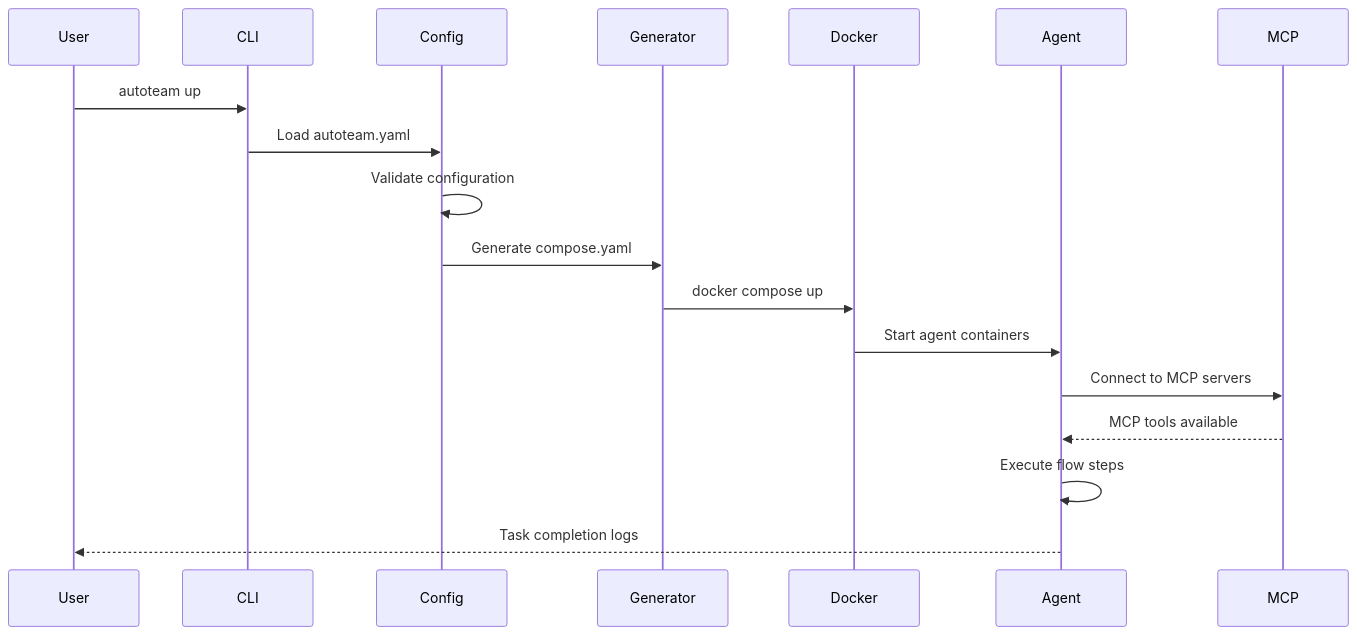
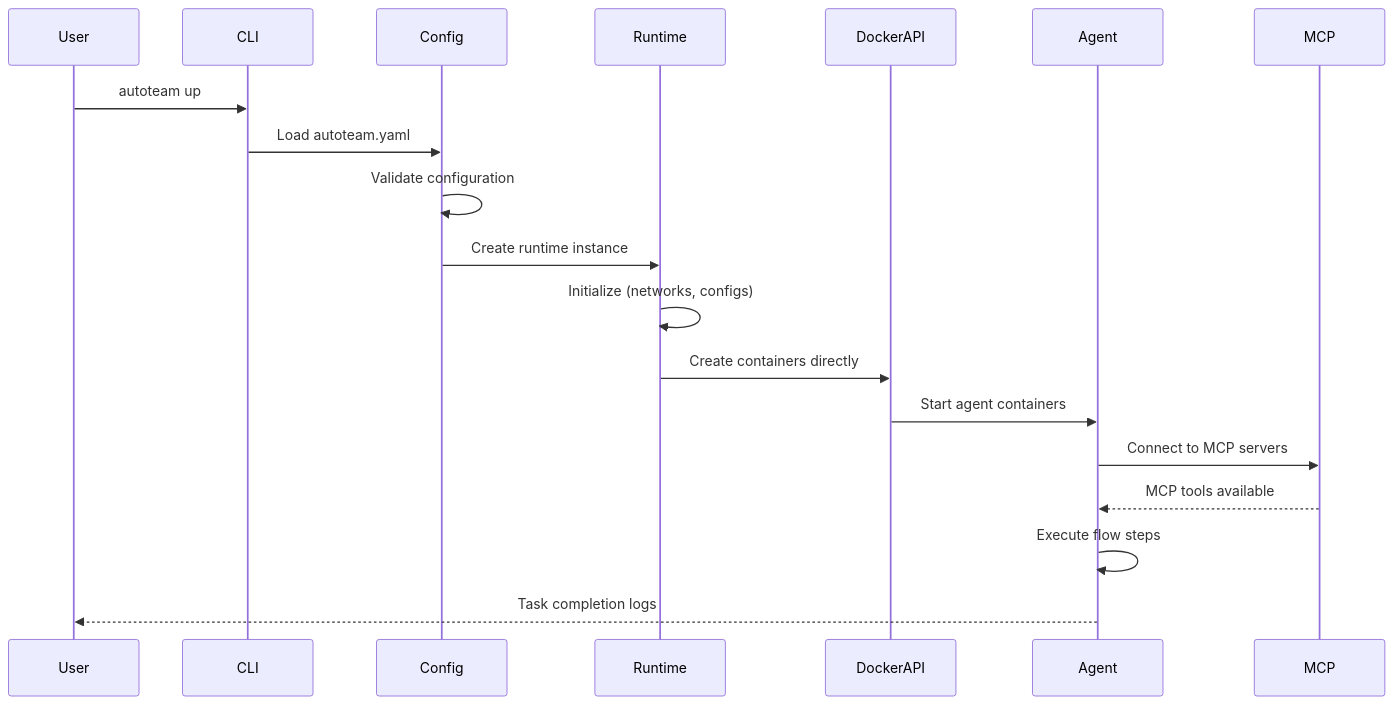
Before and after one commit to diazoxide/autoteam: the second of 4 diagrams in docs/architecture.md, drawn with Mermaid. The commit also changed other lines of this file and 3 other files, not shown here.

First line of the commit message:
docs: Update documentation for runtime abstraction architecture

````diff
--- a/docs/architecture.md
+++ b/docs/architecture.md
@@ -196,21 +225,22 @@
 ```mermaid
 sequenceDiagram
     participant User
     participant CLI
     participant Config
-    participant Generator
-    participant Docker
+    participant Runtime
+    participant DockerAPI
     participant Agent
     participant MCP
-    
+
     User->>CLI: autoteam up
     CLI->>Config: Load autoteam.yaml
     Config->>Config: Validate configuration
-    Config->>Generator: Generate compose.yaml
-    Generator->>Docker: docker compose up
-    Docker->>Agent: Start agent containers
+    Config->>Runtime: Create runtime instance
+    Runtime->>Runtime: Initialize (networks, configs)
+    Runtime->>DockerAPI: Create containers directly
+    DockerAPI->>Agent: Start agent containers
     Agent->>MCP: Connect to MCP servers
     MCP-->>Agent: MCP tools available
     Agent->>Agent: Execute flow steps
     Agent-->>User: Task completion logs
 ```
````
